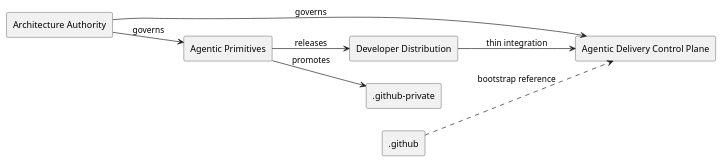
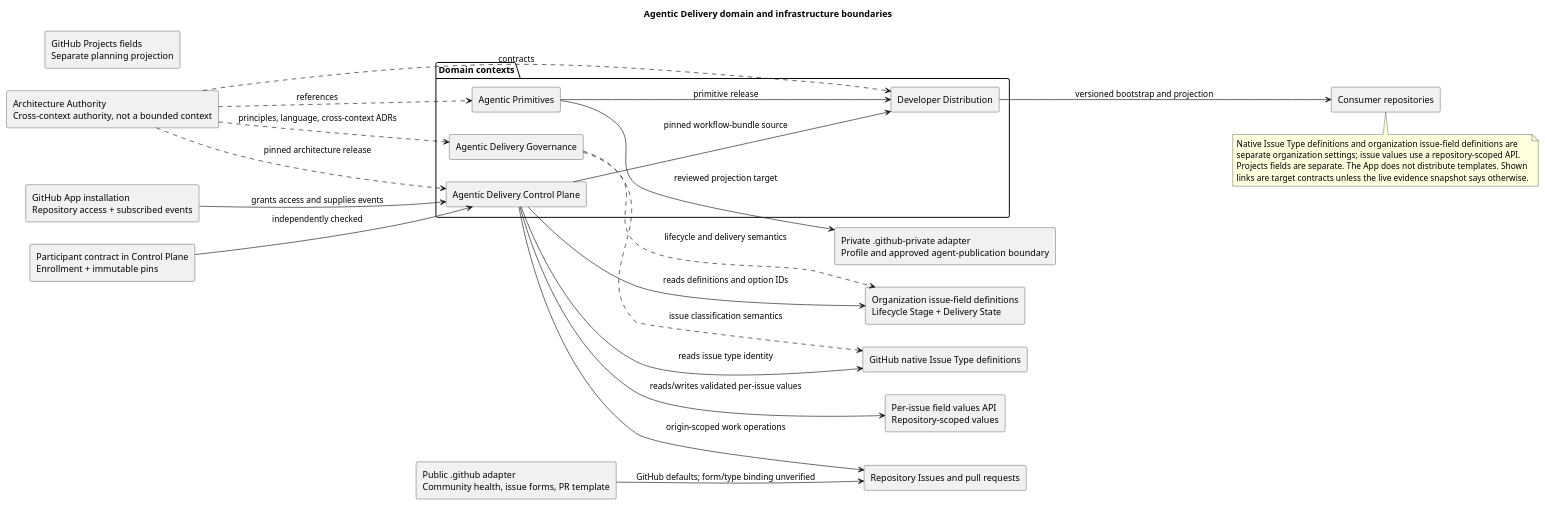
One commit to agentic-delivery-lab/agentic-delivery-architecture changed the diagram in architecture/models/uml/bounded-contexts.puml. Above: the diagram before and after it, drawn with PlantUML. The commit also changed 57 other files, not shown here.

Commit message:
docs(architecture): 🏛️ establish canonical authority

```diff
--- a/architecture/models/uml/bounded-contexts.puml
+++ b/architecture/models/uml/bounded-contexts.puml
@@ -1,15 +1,46 @@
 @startuml bounded-contexts
+title Agentic Delivery domain and infrastructure boundaries
 left to right direction
-rectangle "Architecture Authority" as architecture
-rectangle "Agentic Delivery Control Plane" as control
-rectangle "Agentic Primitives" as primitives
-rectangle "Developer Distribution" as distribution
-rectangle ".github" as public
-rectangle ".github-private" as private
-architecture --> control : governs
-architecture --> primitives : governs
-primitives --> private : promotes
-primitives --> distribution : releases
-distribution --> control : thin integration
-public ..> control : bootstrap reference
+package "Domain contexts" {
+  rectangle "Agentic Delivery Governance" as governance
+  rectangle "Agentic Delivery Control Plane" as control
+  rectangle "Agentic Primitives" as primitives
+  rectangle "Developer Distribution" as distribution
+}
+rectangle "Architecture Authority\nCross-context authority, not a bounded context" as architecture
+rectangle "Public .github adapter\nCommunity health, issue forms, PR template" as public
+rectangle "Private .github-private adapter\nProfile and approved agent-publication boundary" as private
+rectangle "GitHub native Issue Type definitions" as nativeTypes
+rectangle "Organization issue-field definitions\nLifecycle Stage + Delivery State" as fieldDefinitions
+rectangle "GitHub Projects fields\nSeparate planning projection" as projects
+rectangle "GitHub App installation\nRepository access + subscribed events" as app
+rectangle "Repository Issues and pull requests" as issues
+rectangle "Per-issue field values API\nRepository-scoped values" as fieldValues
+rectangle "Participant contract in Control Plane\nEnrollment + immutable pins" as enrollment
+rectangle "Consumer repositories" as consumers
+
+architecture ..> governance : principles, language, cross-context ADRs
+architecture ..> control : pinned architecture release
+architecture ..> primitives : references
+architecture ..> distribution : contracts
+app --> control : grants access and supplies events
+enrollment --> control : independently checked
+control --> nativeTypes : reads issue type identity
+control --> fieldDefinitions : reads definitions and option IDs
+control --> fieldValues : reads/writes validated per-issue values
+control --> issues : origin-scoped work operations
+governance ..> nativeTypes : issue classification semantics
+governance ..> fieldDefinitions : lifecycle and delivery semantics
+public --> issues : GitHub defaults; form/type binding unverified
+primitives --> private : reviewed projection target
+primitives --> distribution : primitive release
+control --> distribution : pinned workflow-bundle source
+distribution --> consumers : versioned bootstrap and projection
+
+note bottom
+  Native Issue Type definitions and organization issue-field definitions are
+  separate organization settings; issue values use a repository-scoped API.
+  Projects fields are separate. The App does not distribute templates. Shown
+  links are target contracts unless the live evidence snapshot says otherwise.
+end note
 @enduml
```
